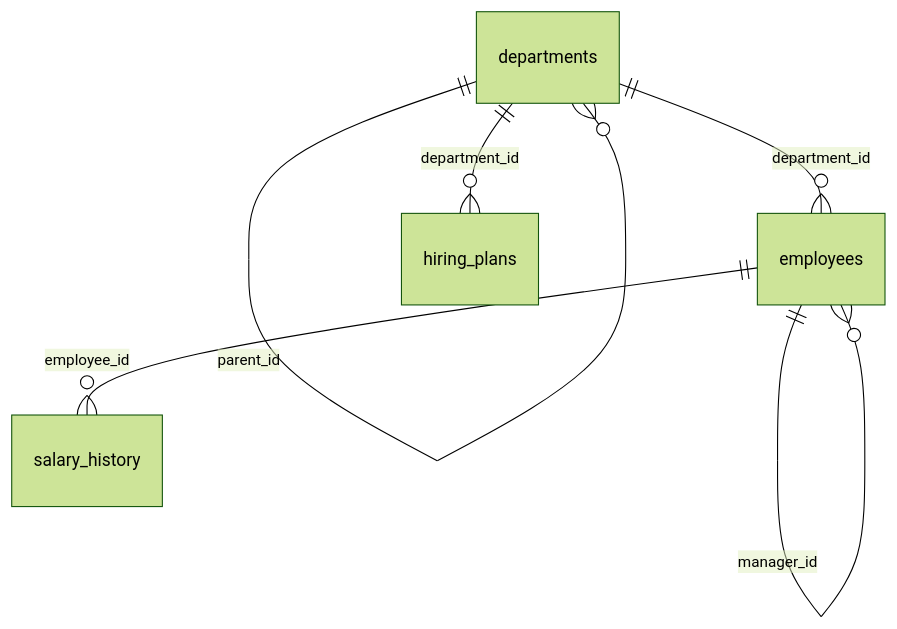
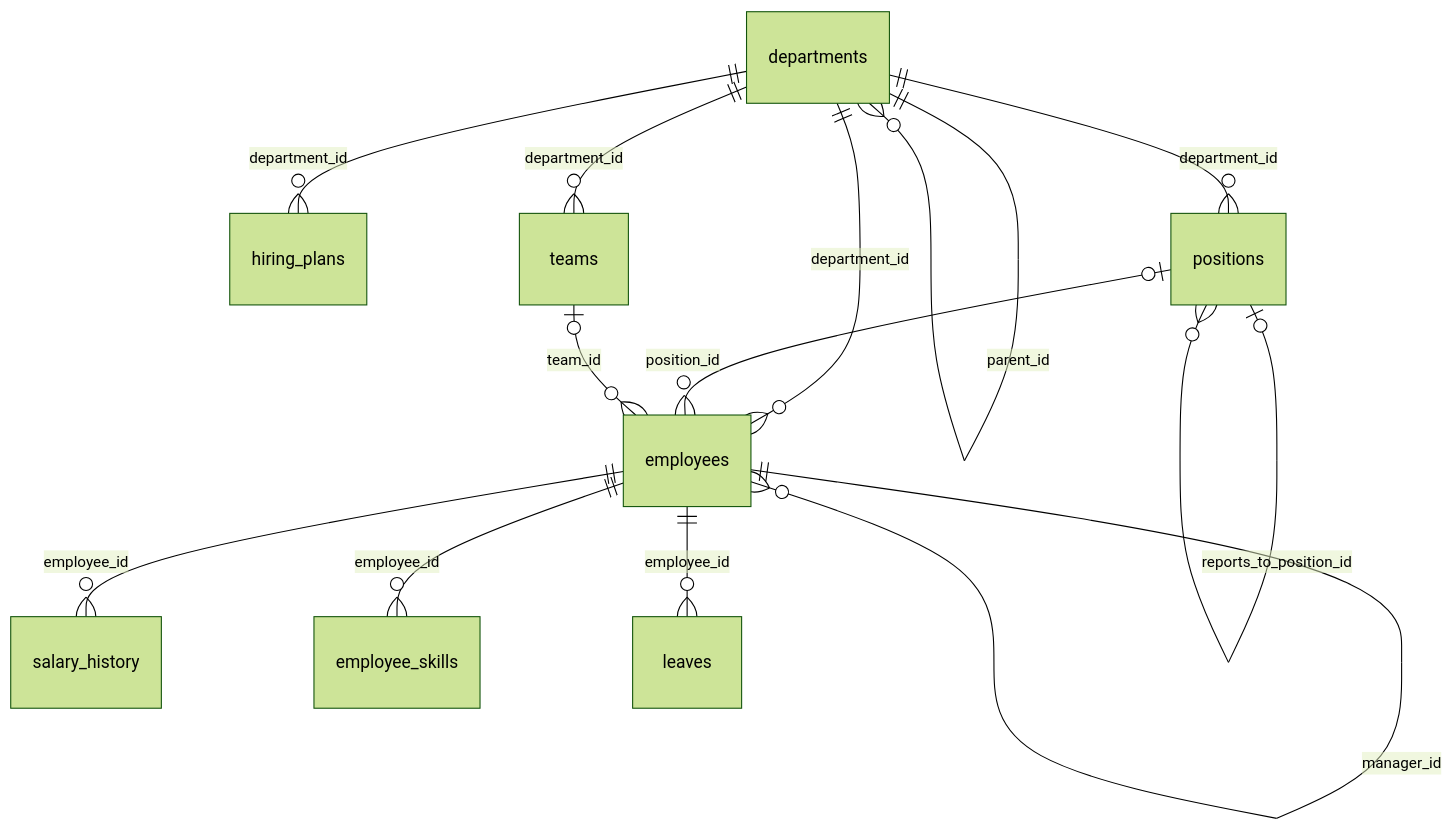
Before and after one commit to hovikhanh/Aureon: the fifth of 11 diagrams in docs/2.PRODUCT/05-DATA-MODEL.md, drawn with Mermaid (forest theme). The commit also changed other lines of this file, not shown here.

Commit message:
docs(v2.1): rebuild 05-DATA-MODEL part C - ai, idp, and full ERD (DEC-149, DEC-151)

````diff
--- a/docs/2.PRODUCT/05-DATA-MODEL.md
+++ b/docs/2.PRODUCT/05-DATA-MODEL.md
@@ -159,8 +177,15 @@
 ```mermaid
 erDiagram
     departments ||--o{ departments : "parent_id"
     departments ||--o{ employees : "department_id"
     employees ||--o{ employees : "manager_id"
     employees ||--o{ salary_history : "employee_id"
     departments ||--o{ hiring_plans : "department_id"
+    departments ||--o{ teams : "department_id"
+    departments ||--o{ positions : "department_id"
+    positions |o--o{ positions : "reports_to_position_id"
+    positions |o--o{ employees : "position_id"
+    teams |o--o{ employees : "team_id"
+    employees ||--o{ employee_skills : "employee_id"
+    employees ||--o{ leaves : "employee_id"
 ```
````
